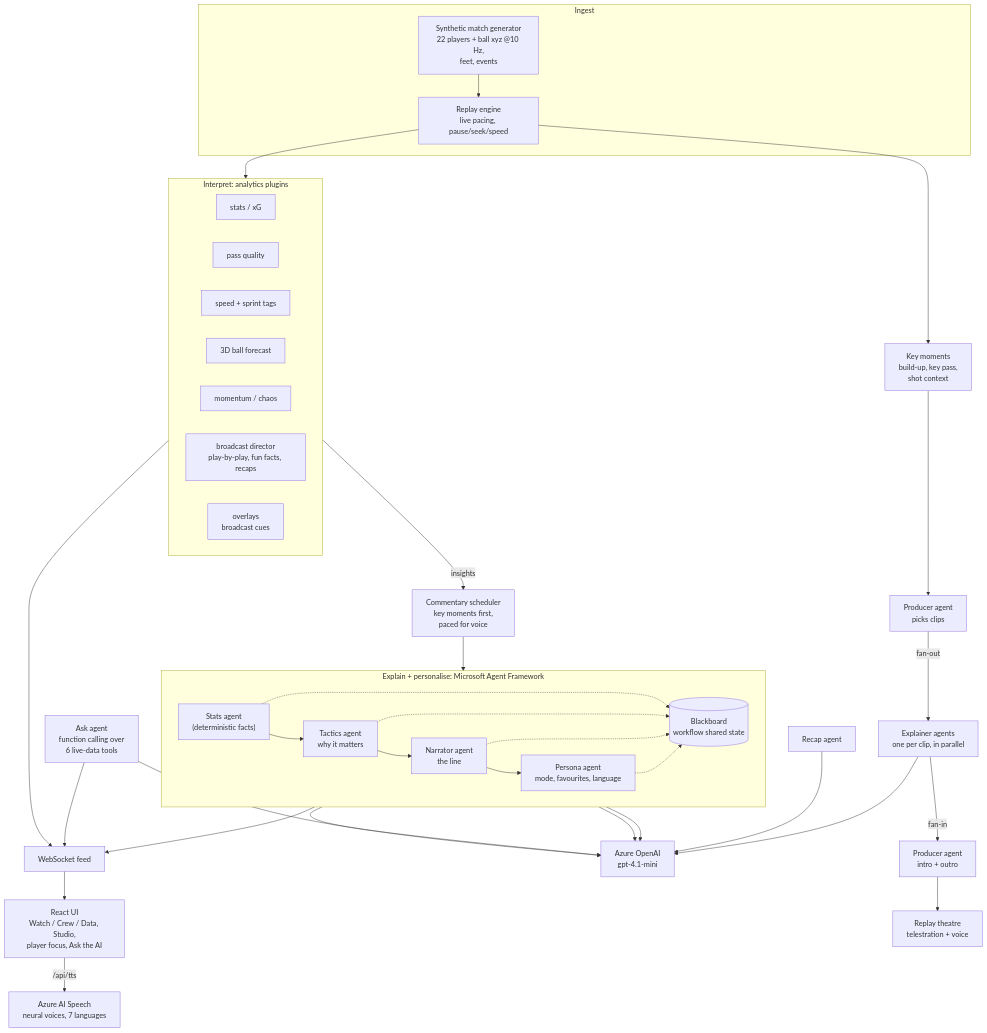
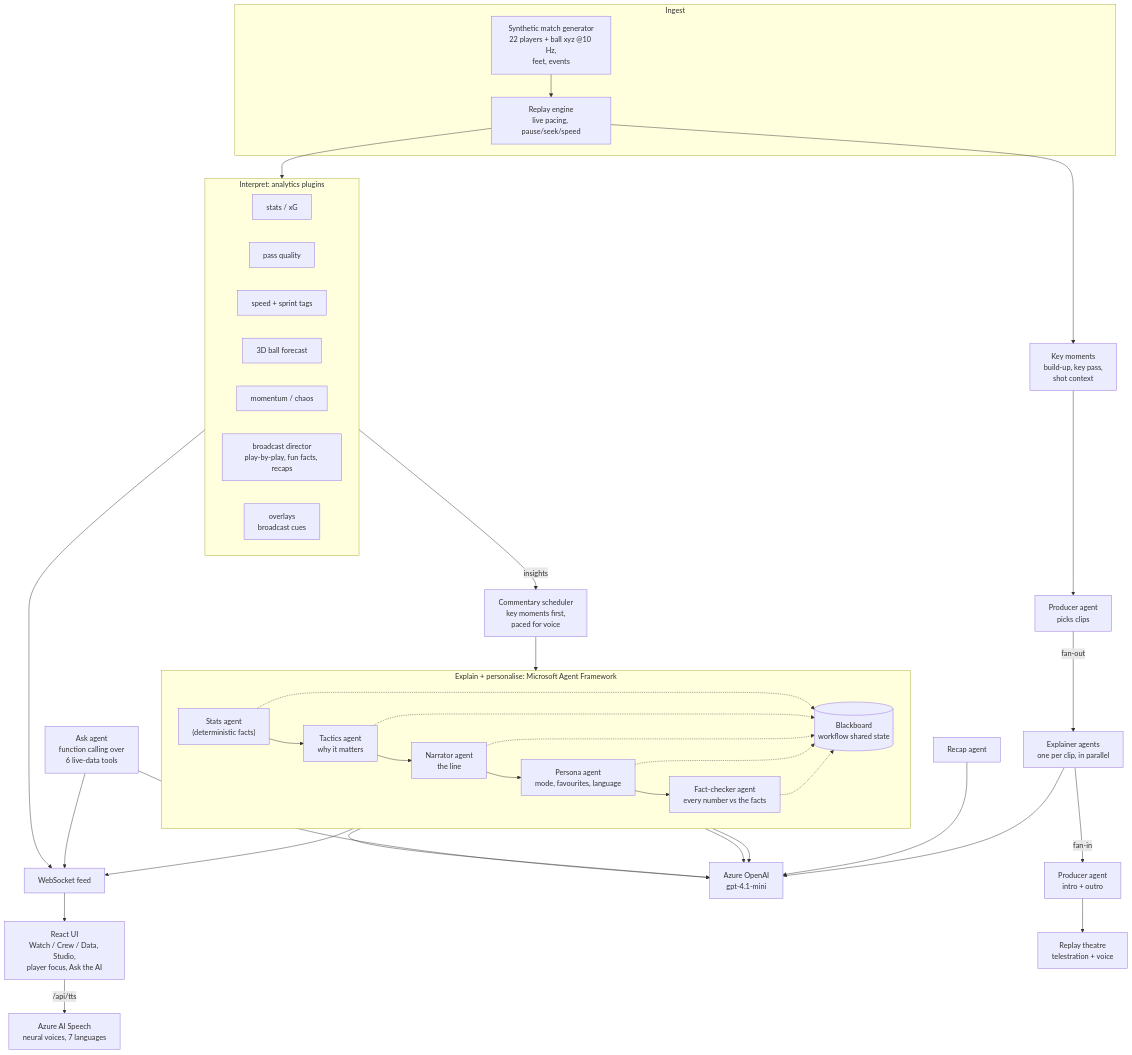
Before and after one commit to Mertan2/insidethegame-match-intelligence: the diagram in README.md, drawn with Mermaid. The commit also changed other lines of this file and 13 other files, not shown here.

First line of the commit message:
Fact-checker agent: every number on air checked against the facts

````diff
--- a/README.md
+++ b/README.md
@@ -72,41 +72,42 @@
 ```mermaid
 flowchart TB
     subgraph Data["Ingest"]
         GEN["Synthetic match generator<br/>22 players + ball xyz @10 Hz,<br/>feet, events"] --> REPLAY["Replay engine<br/>live pacing, pause/seek/speed"]
     end
     subgraph Plugins["Interpret: analytics plugins"]
         STATS["stats / xG"]
         PASS["pass quality"]
         SPEED["speed + sprint tags"]
         FC["3D ball forecast"]
         MOM["momentum / chaos"]
         DIR["broadcast director<br/>play-by-play, fun facts, recaps"]
         OVL["overlays<br/>broadcast cues"]
     end
     REPLAY --> Plugins
     Plugins -- insights --> SCHED["Commentary scheduler<br/>key moments first,<br/>paced for voice"]
     subgraph Agents["Explain + personalise: Microsoft Agent Framework"]
         direction LR
-        A1["Stats agent<br/>(deterministic facts)"] --> A2["Tactics agent<br/>why it matters"] --> A3["Narrator agent<br/>the line"] --> A4["Persona agent<br/>mode, favourites, language"]
+        A1["Stats agent<br/>(deterministic facts)"] --> A2["Tactics agent<br/>why it matters"] --> A3["Narrator agent<br/>the line"] --> A4["Persona agent<br/>mode, favourites, language"] --> A5["Fact-checker agent<br/>every number vs the facts"]
         BB[("Blackboard<br/>workflow shared state")]
         A1 -.-> BB
         A2 -.-> BB
         A3 -.-> BB
         A4 -.-> BB
+        A5 -.-> BB
     end
     SCHED --> A1
     ASK["Ask agent<br/>function calling over<br/>6 live-data tools"]
     KM["Key moments<br/>build-up, key pass,<br/>shot context"] --> PROD["Producer agent<br/>picks clips"]
     PROD -- "fan-out" --> EXP["Explainer agents<br/>one per clip, in parallel"]
     EXP -- "fan-in" --> PROD2["Producer agent<br/>intro + outro"]
     PROD2 --> THEATER["Replay theatre<br/>telestration + voice"]
     RECAP["Recap agent"]
     AOAI["Azure OpenAI<br/>gpt-4.1-mini"]
     A2 & A3 & A4 & ASK & RECAP & EXP --> AOAI
     REPLAY --> KM
-    A4 --> WS["WebSocket feed"]
+    A5 --> WS["WebSocket feed"]
     ASK --> WS
     Plugins --> WS
     WS --> UI["React UI<br/>Watch / Crew / Data, Studio,<br/>player focus, Ask the AI"]
     UI -- "/api/tts" --> TTS["Azure AI Speech<br/>neural voices, 7 languages"]
 ```
````
